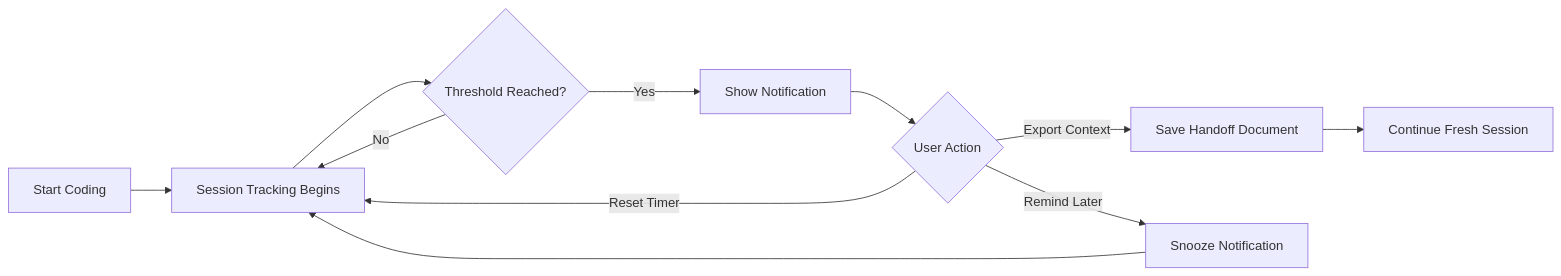
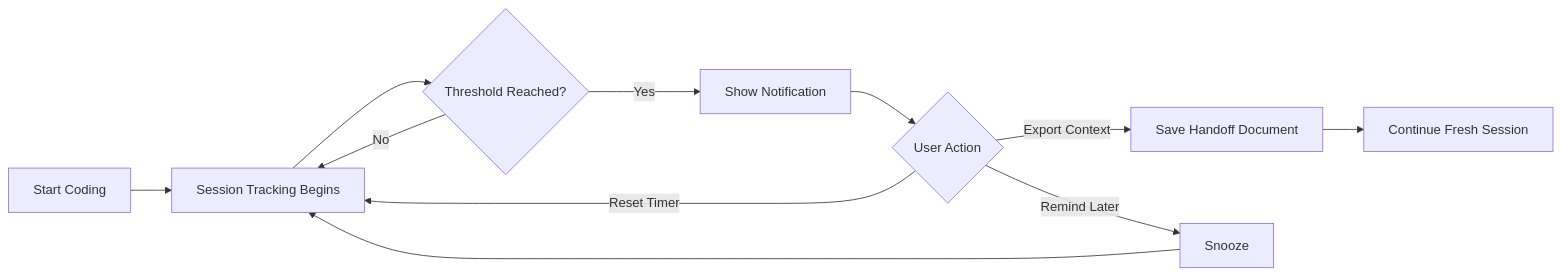
One commit to chf3198/copilot-handoff changed the diagram in README.md. Above: the diagram before and after it, drawn with Mermaid. The commit also changed other lines of this file, not shown here.

````diff
--- a/README.md
+++ b/README.md
@@ -48,13 +73,13 @@
 ```mermaid
 graph LR
     A[Start Coding] --> B[Session Tracking Begins]
     B --> C{Threshold Reached?}
     C -->|No| B
     C -->|Yes| D[Show Notification]
     D --> E{User Action}
     E -->|Export Context| F[Save Handoff Document]
     E -->|Reset Timer| B
-    E -->|Remind Later| G[Snooze Notification]
+    E -->|Remind Later| G[Snooze]
     G --> B
     F --> H[Continue Fresh Session]
 ```
````
